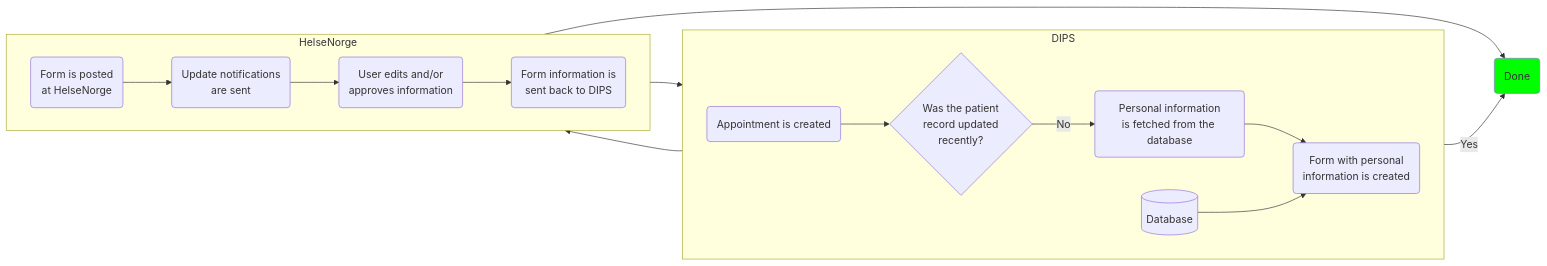
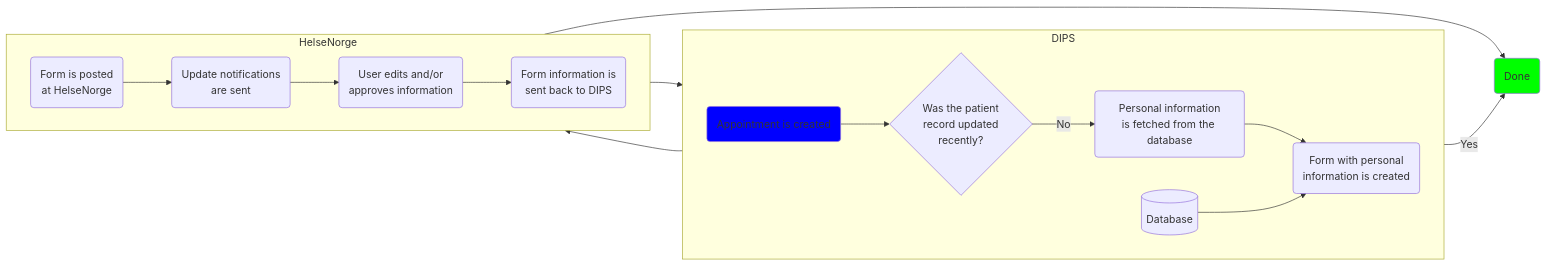
The diagram in Flow.md (oleksii-nikolaienko/Eitri_OpenDIPS), drawn with Mermaid before and after one commit.

````diff
--- a/Flow.md
+++ b/Flow.md
@@ -1,28 +1,29 @@
 ```mermaid
   flowchart LR
       
       done(Done)
       style done fill:#00ff00
       
       subgraph DIPS
         direction LR
         create_appoint(Appointment is created)-->when_updated{Was the patient\nrecord updated\nrecently?}
+        style create_appoint fill:#0000ff
         when_updated -- No --> fetch_info(Personal information\nis fetched from the database)
         fetch_info --> create_form(Form with personal\ninformation is created)
         db[(Database)] --> create_form
       end
       
       subgraph HelseNorge
         direction LR
         post_form(Form is posted\nat HelseNorge) --> notify(Update notifications\nare sent)
         notify --> edit(User edits and/or\napproves information)
         edit --> send_back(Form information is\nsent back to DIPS)
         
       end
       
       when_updated -- Yes --> done
       create_form --> post_form
       send_back --> done
       send_back --> db
       
 ```
````
